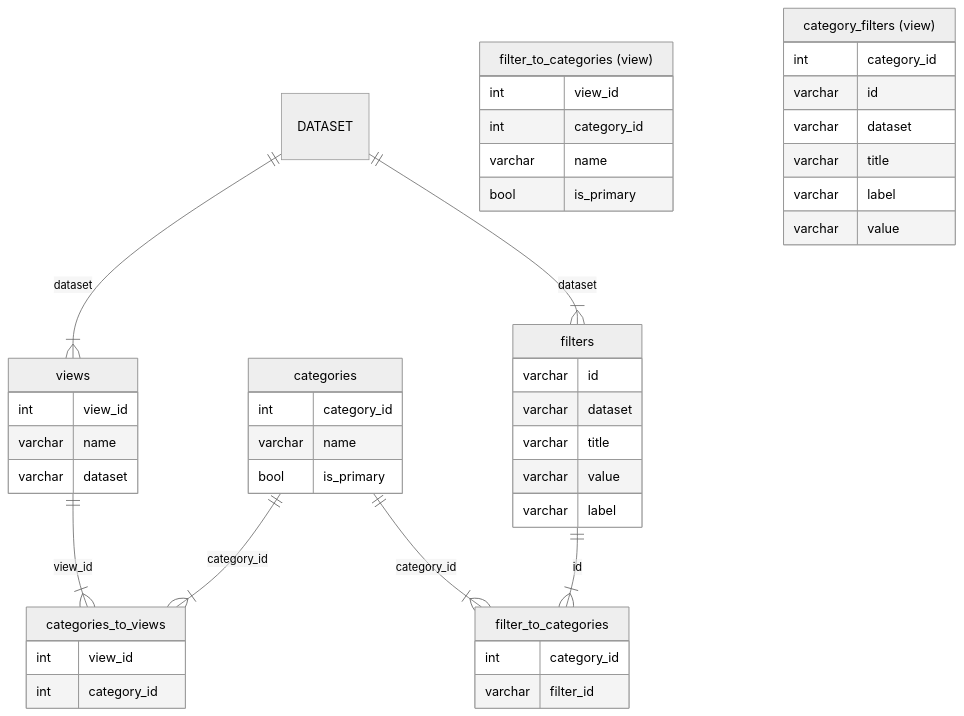
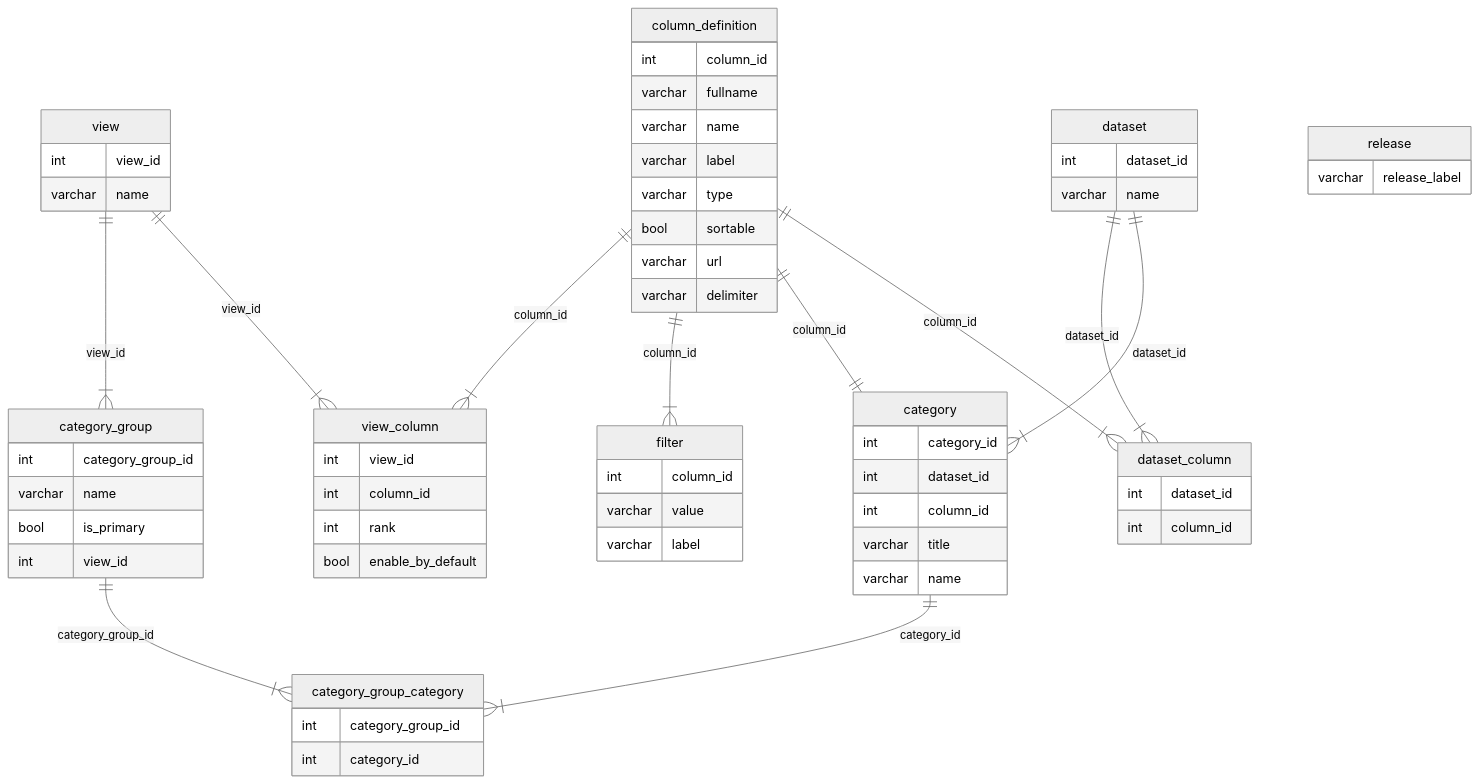
The diagram in scripts/etl/README.md (Ensembl/amr-portal), drawn with Mermaid (neutral theme) before and after one commit. The commit also changed other lines of this file and 22 other files, not shown here.

````diff
--- a/scripts/etl/README.md
+++ b/scripts/etl/README.md
@@ -57,58 +66,81 @@
 ```mermaid
 erDiagram
-    views {
+    view {
         int view_id
         varchar name
-        varchar dataset
     }
 
-    categories {
-        int category_id
-        varchar name
-        bool is_primary
+    view_column {
+        int view_id
+        int column_id
+        int rank
+        bool enable_by_default
     }
 
-    filters {
-        varchar id
-        varchar dataset
-        varchar title
+    filter {
+        int column_id
         varchar value
         varchar label
     }
+    
+    category {
+        int category_id
+        int dataset_id
+        int column_id
+        varchar title
+        varchar name
+    }
 
-    categories_to_views {
-        int view_id
+    category_group_category {
+        int category_group_id
         int category_id
     }
 
-    filter_to_categories {
-        int category_id
-        varchar filter_id
+    category_group {
+        int category_group_id
+        varchar name
+        bool is_primary
+        int view_id
+    }
+
+    dataset {
+        int dataset_id
+        varchar name
     }
 
 
-    views ||--|{ categories_to_views: view_id
-    categories ||--|{ categories_to_views: category_id
-
-    categories ||--|{ filter_to_categories: category_id
-    filters ||--|{ filter_to_categories: id
-
-    DATASET ||--|{ views: dataset
-    DATASET ||--|{ filters: dataset
-
-    "filter_to_categories (view)"{
-        int view_id
-        int category_id
+    column_definition {
+        int column_id
+        varchar fullname
         varchar name
-        bool is_primary
+        varchar label
+        varchar type
+        bool sortable
+        varchar url
+        varchar delimiter
     }
 
-    "category_filters (view)"{
-        int category_id
-        varchar id
-        varchar dataset
-        varchar title
-        varchar label
-        varchar value
+    dataset_column {
+        int dataset_id
+        int column_id
     }
+    
+    release {
+        varchar release_label
+    }
+
+    view ||--|{ category_group: view_id 
+    view ||--|{ view_column: view_id
+
+    column_definition ||--|{ view_column: column_id
+    column_definition ||--|{ filter: column_id
+    column_definition ||--|| category: column_id
+
+    category ||--|{ category_group_category: category_id
+    category_group ||--|{ category_group_category: category_group_id
+
+    dataset ||--|{ dataset_column: dataset_id
+    dataset ||--|{ category: dataset_id
+
+    column_definition ||--|{ dataset_column: column_id
 ```
````
